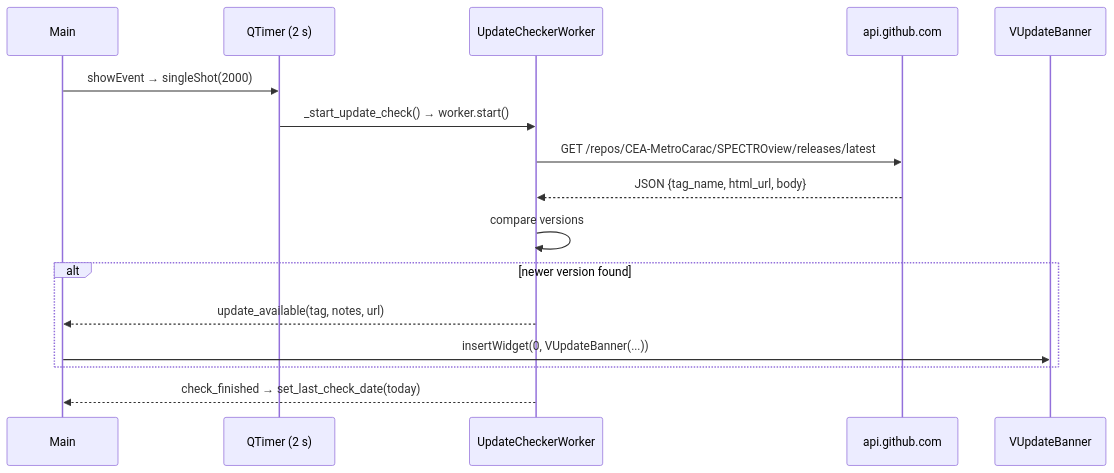
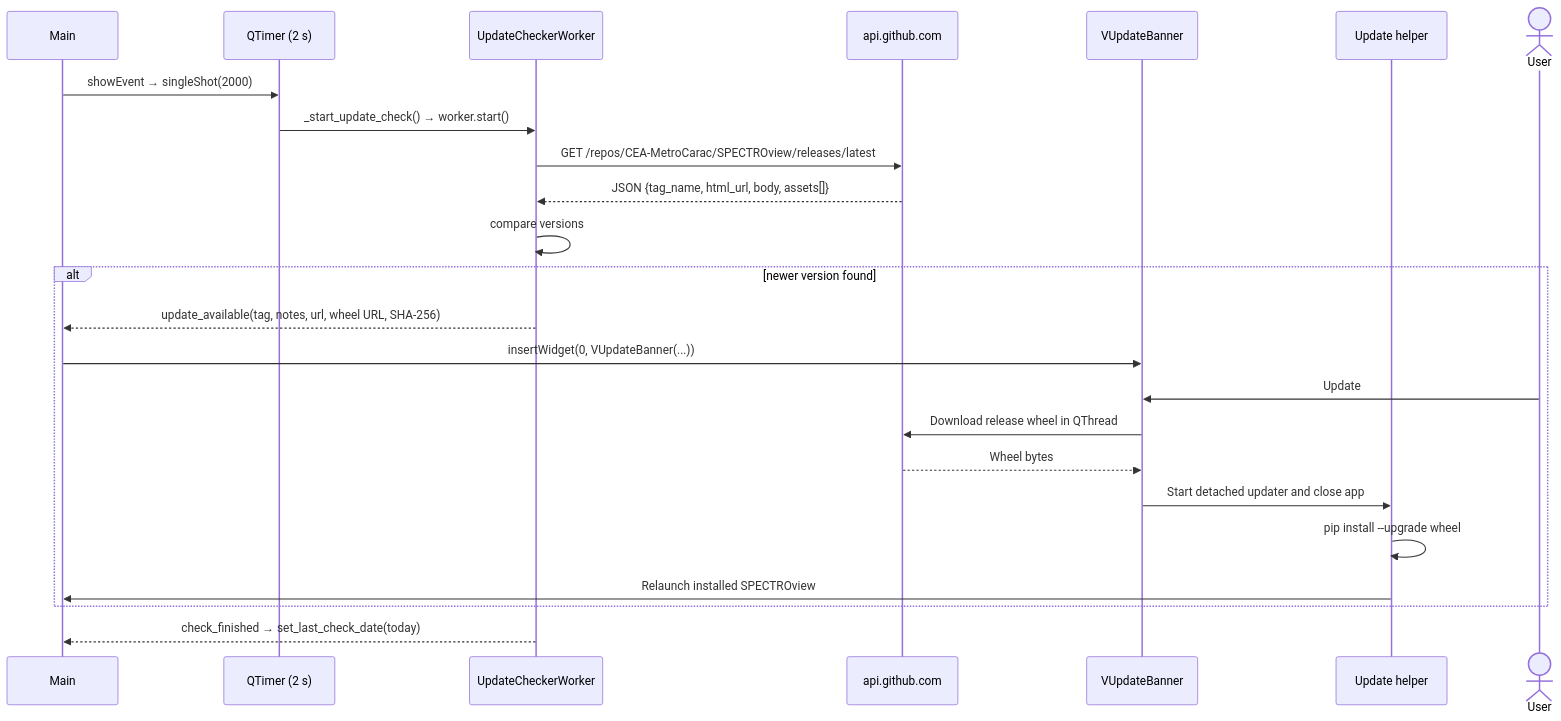
Before and after one commit to CEA-MetroCarac/SPECTROview: the sixth of 6 diagrams in docs/developer/index.md, drawn with Mermaid. The commit also changed other lines of this file and 10 other files, not shown here.

````diff
--- a/docs/developer/index.md
+++ b/docs/developer/index.md
@@ -388,19 +388,27 @@
 ```mermaid
 sequenceDiagram
     participant Main
     participant Timer as QTimer (2 s)
     participant Worker as UpdateCheckerWorker
     participant GitHub as api.github.com
     participant Banner as VUpdateBanner
+    participant Helper as Update helper
+    actor User
 
     Main->>Timer: showEvent → singleShot(2000)
     Timer->>Worker: _start_update_check() → worker.start()
     Worker->>GitHub: GET /repos/CEA-MetroCarac/SPECTROview/releases/latest
-    GitHub-->>Worker: JSON {tag_name, html_url, body}
+    GitHub-->>Worker: JSON {tag_name, html_url, body, assets[]}
     Worker->>Worker: compare versions
     alt newer version found
-        Worker-->>Main: update_available(tag, notes, url)
+        Worker-->>Main: update_available(tag, notes, url, wheel URL, SHA-256)
         Main->>Banner: insertWidget(0, VUpdateBanner(...))
+        User->>Banner: Update
+        Banner->>GitHub: Download release wheel in QThread
+        GitHub-->>Banner: Wheel bytes
+        Banner->>Helper: Start detached updater and close app
+        Helper->>Helper: pip install --upgrade wheel
+        Helper->>Main: Relaunch installed SPECTROview
     end
     Worker-->>Main: check_finished → set_last_check_date(today)
 ```
````
